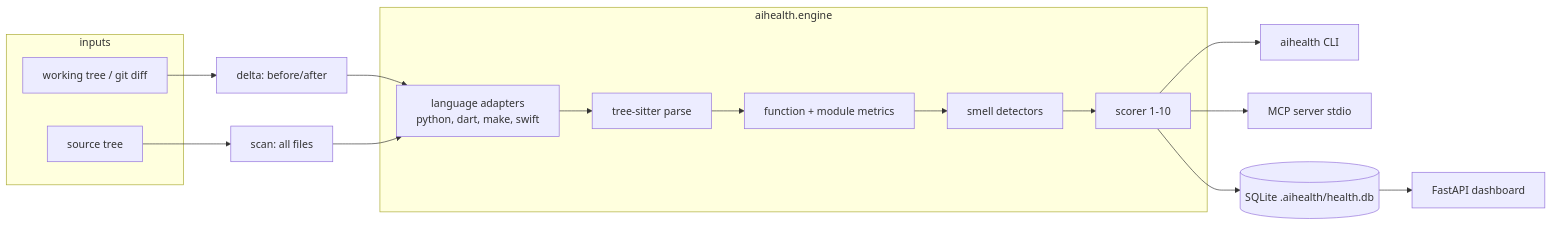
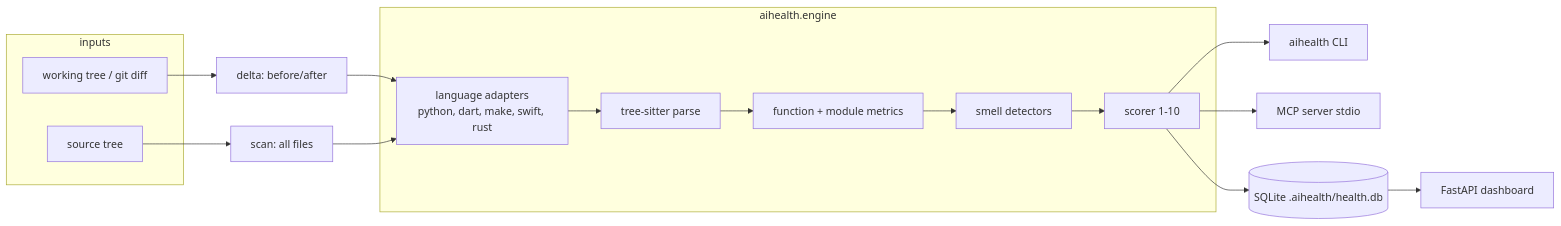
One commit to epatel/ai-health changed the diagram in cards/architecture.md. Above: the diagram before and after it, drawn with Mermaid. The commit also changed other lines of this file and 17 other files, not shown here.

First line of the commit message:
Add Rust language adapter (M14)

````diff
--- a/cards/architecture.md
+++ b/cards/architecture.md
@@ -7,23 +7,23 @@
 ```mermaid
 flowchart LR
     subgraph inputs
         WT[working tree / git diff]
         REPO[source tree]
     end
     subgraph engine["aihealth.engine"]
-        LANG[language adapters<br/>python, dart, make, swift]
+        LANG[language adapters<br/>python, dart, make, swift, rust]
         TS[tree-sitter parse]
         MET[function + module metrics]
         SM[smell detectors]
         SC[scorer 1-10]
     end
     WT --> DELTA[delta: before/after]
     REPO --> SCAN[scan: all files]
     DELTA --> LANG
     SCAN --> LANG
     LANG --> TS --> MET --> SM --> SC
     SC --> CLI[aihealth CLI]
     SC --> MCP[MCP server stdio]
     SC --> DB[(SQLite .aihealth/health.db)]
     DB --> WEB[FastAPI dashboard]
 ```
````
